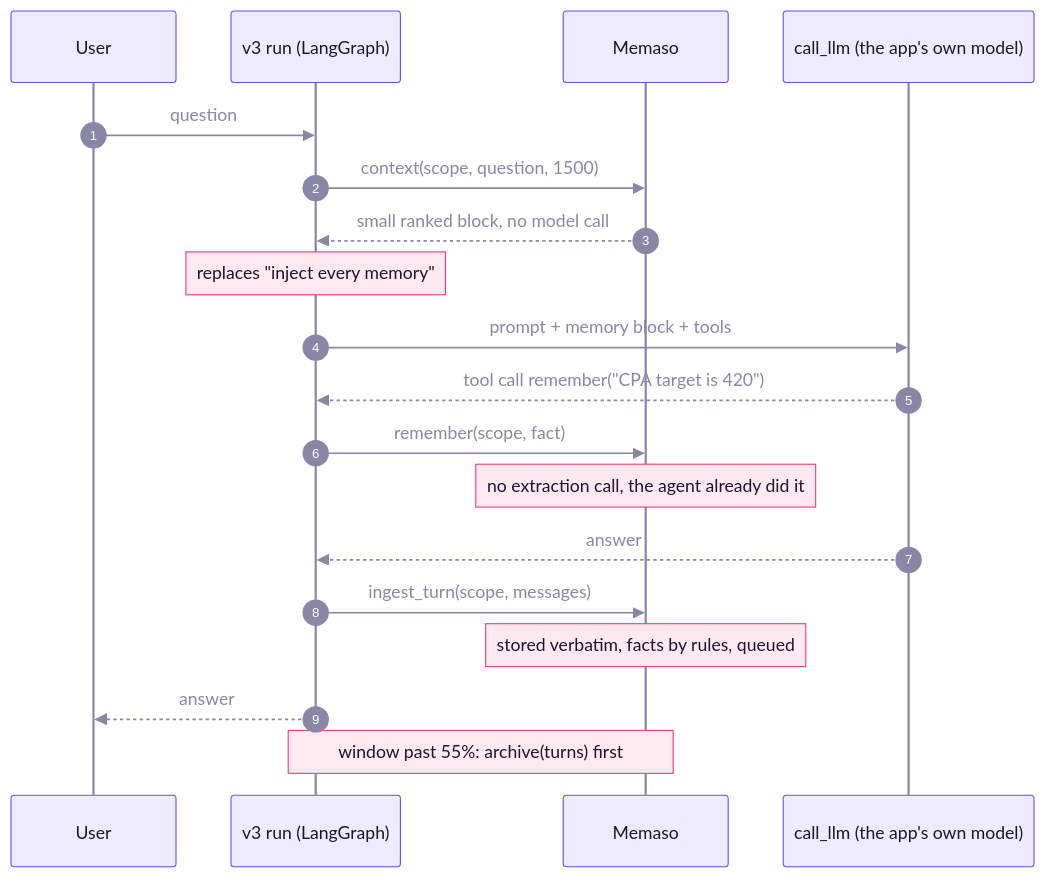
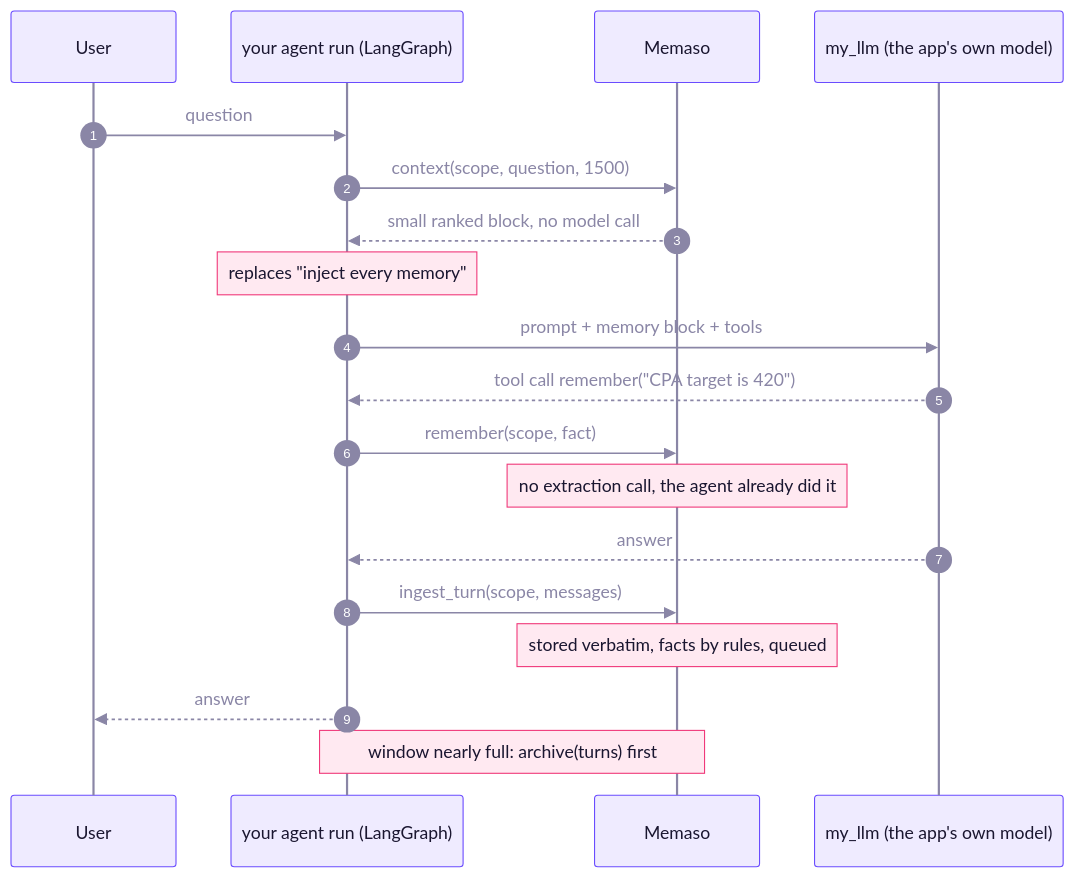
Before and after one commit to prathameshvenxr/memaso: the fifth of 7 diagrams in README.md, drawn with Mermaid. The commit also changed other lines of this file and 11 other files, not shown here.

````diff
--- a/README.md
+++ b/README.md
@@ -215,22 +215,22 @@
 ```mermaid
 %%{init: {"theme":"base","themeVariables":{"primaryColor":"#EFEBFF","primaryBorderColor":"#6A4CFF","primaryTextColor":"#1A1630","secondaryColor":"#E3F5F2","tertiaryColor":"#F6F5FB","lineColor":"#8A86A6","clusterBkg":"#F6F5FB","clusterBorder":"#B3AFC6","titleColor":"#1A1630","edgeLabelBackground":"#F6F5FB","actorBkg":"#EFEBFF","actorBorder":"#6A4CFF","actorTextColor":"#1A1630","actorLineColor":"#8A86A6","signalColor":"#8A86A6","signalTextColor":"#8A86A6","labelBoxBkgColor":"#EFEBFF","labelBoxBorderColor":"#6A4CFF","labelTextColor":"#1A1630","loopTextColor":"#8A86A6","noteBkgColor":"#FFE9F1","noteBorderColor":"#F0397A","noteTextColor":"#1A1630","sequenceNumberColor":"#FFFFFF"}}}%%
 sequenceDiagram
   autonumber
   participant U as User
-  participant R as v3 run (LangGraph)
+  participant R as your agent run (LangGraph)
   participant M as Memaso
-  participant L as call_llm (the app's own model)
+  participant L as my_llm (the app's own model)
   U->>R: question
   R->>M: context(scope, question, 1500)
   M-->>R: small ranked block, no model call
   Note over R: replaces "inject every memory"
   R->>L: prompt + memory block + tools
   L-->>R: tool call remember("CPA target is 420")
   R->>M: remember(scope, fact)
   Note over M: no extraction call, the agent already did it
   L-->>R: answer
   R->>M: ingest_turn(scope, messages)
   Note over M: stored verbatim, facts by rules, queued
   R-->>U: answer
-  Note over R,M: window past 55%: archive(turns) first
+  Note over R,M: window nearly full: archive(turns) first
 ```
````
